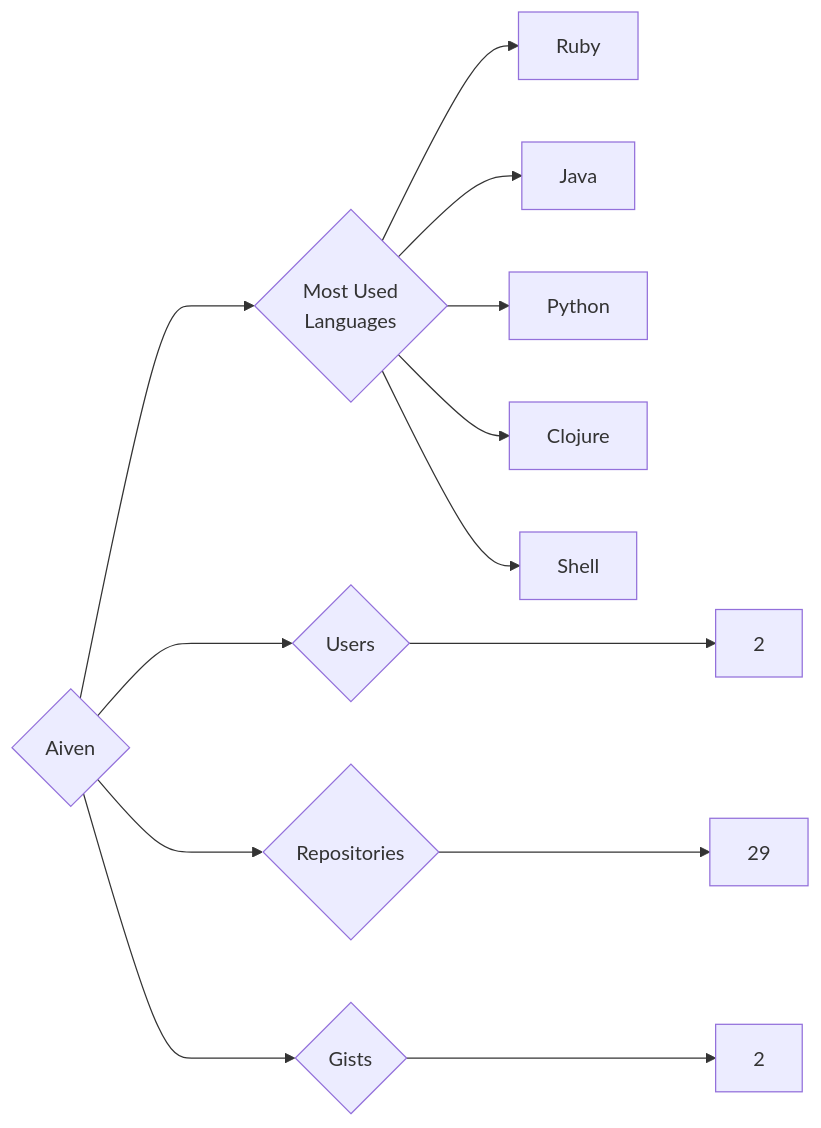
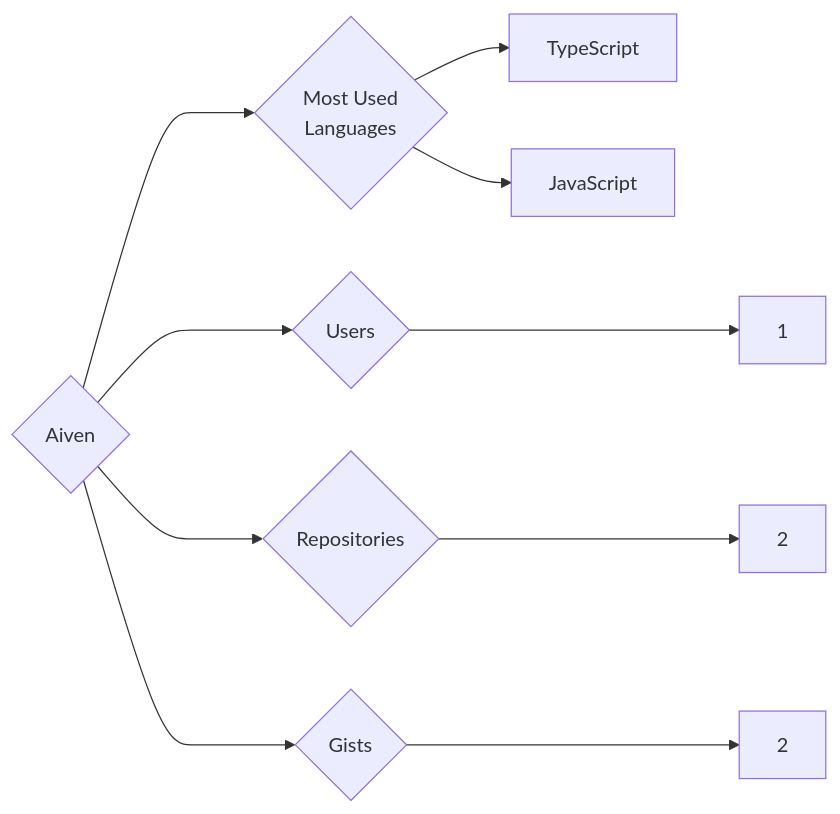
Before and after one commit to trickest/insiders: the diagram in targets/Aiven/README.md, drawn with Mermaid. The commit also changed 776 other files, not shown here.

````diff
--- a/targets/Aiven/README.md
+++ b/targets/Aiven/README.md
@@ -3,13 +3,10 @@
 ```mermaid
 graph LR
 COMPANY_NAME{Aiven}
-COMPANY_NAME ---> U{Users} ---> UN[2]
-COMPANY_NAME ---> R{Repositories} ---> RN[29]
+COMPANY_NAME ---> U{Users} ---> UN[1]
+COMPANY_NAME ---> R{Repositories} ---> RN[2]
 COMPANY_NAME ---> G{Gists} ---> GN[2]
 COMPANY_NAME ---> ML{Most Used<br>Languages}
-ML --> Ruby[Ruby]
-ML --> Java[Java]
-ML --> Python[Python]
-ML --> Clojure[Clojure]
-ML --> Shell[Shell]
+ML --> TypeScript[TypeScript]
+ML --> JavaScript[JavaScript]
 ```
````
